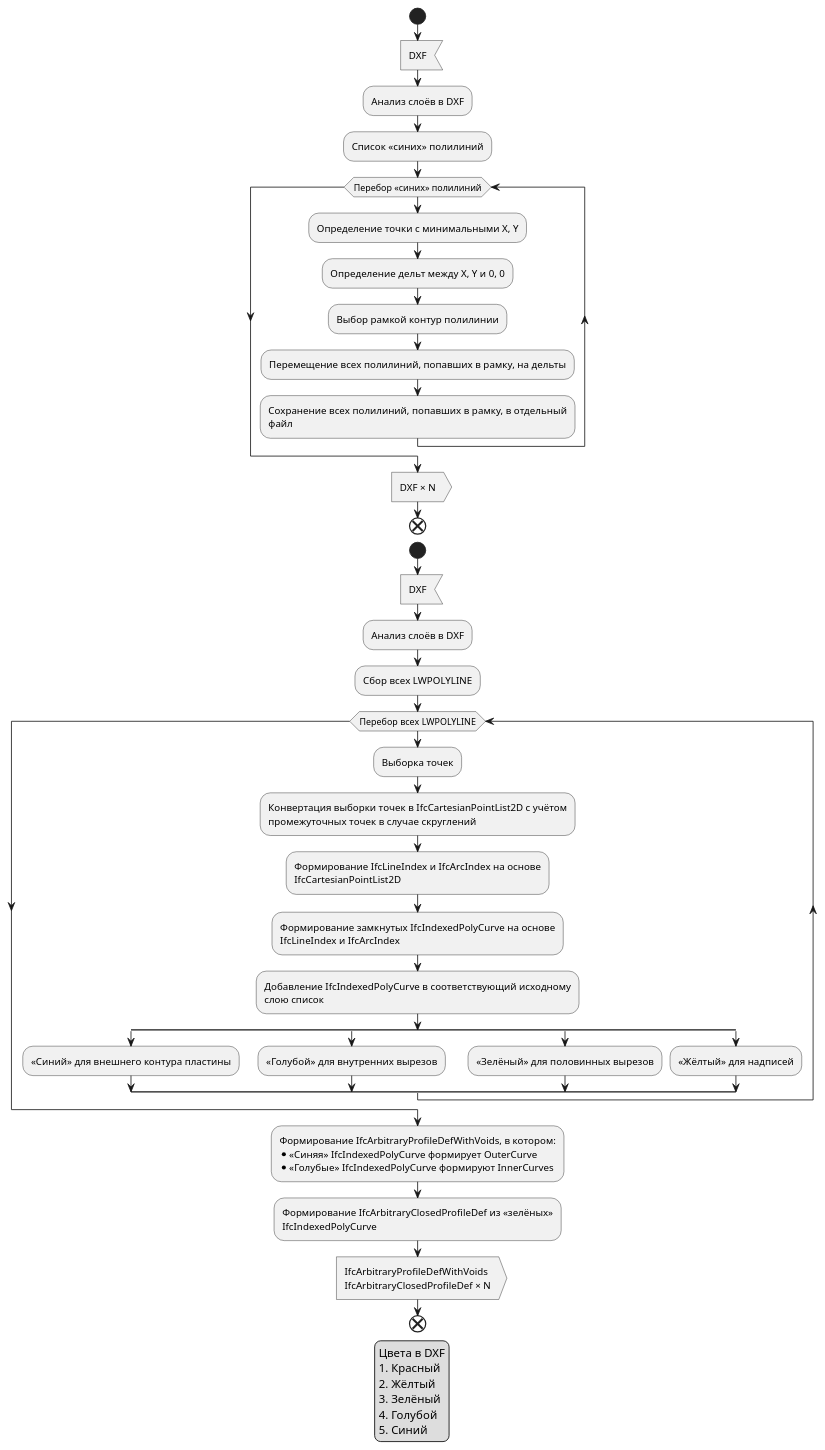
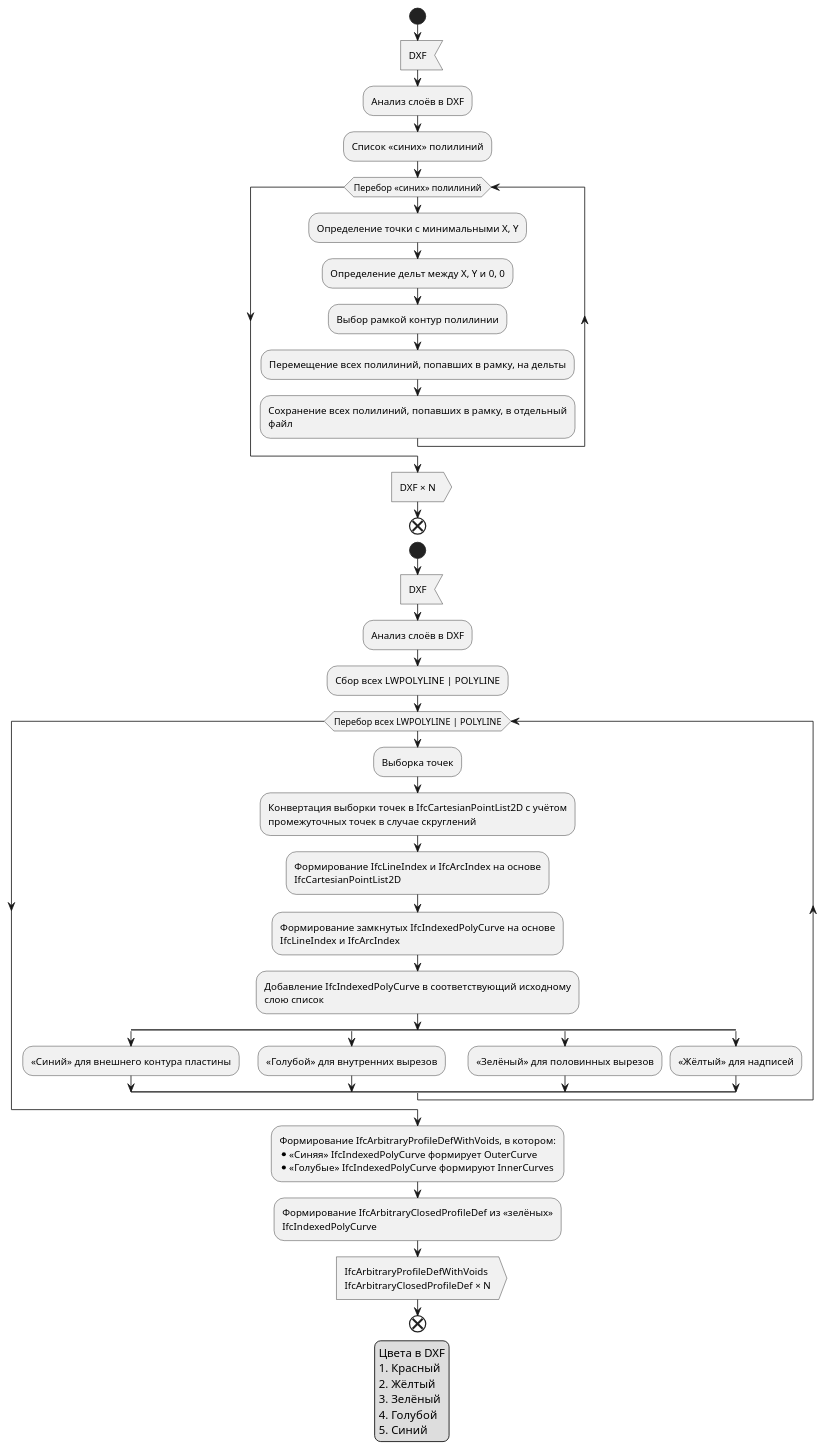
The diagram in schemes/General.wsd (VDobranov/DXF2IFC2D), drawn with PlantUML before and after one commit. The commit also changed 8 other files, not shown here.

```diff
--- a/schemes/General.wsd
+++ b/schemes/General.wsd
@@ -1,75 +1,75 @@
 @startuml General
 
 <style>
 activityDiagram {
   FontName Iosevka
   MaximumWidth 400
 }
 </style>
 
 start
 :DXF<
 :Анализ слоёв в DXF;
 :Список «синих» полилиний;
 ' if (округление?) then
 ' 	while (Перебор «синих» полилиний)
 ' 		:Определение точки с минимальными X, Y;
 ' 		:Округление X, Y;
 ' 		:Определение дельт между сырыми и округлёнными X, Y;
 ' 		:Выбор рамкой контур полилинии;
 ' 		:Перемещение всех полилиний, попавших в рамку, на дельты;
 ' 	endwhile
 ' endif
 ' if (нормализация?) then
 	while (Перебор «синих» полилиний)
 		:Определение точки с минимальными X, Y;
 		:Определение дельт между X, Y и 0, 0;
 		:Выбор рамкой контур полилинии;
 		:Перемещение всех полилиний, попавших в рамку, на дельты;
 		:Сохранение всех полилиний, попавших в рамку, в отдельный файл;
 	endwhile
 ' endif
 :DXF × N>
 end
 
 start
 :DXF<
 :Анализ слоёв в DXF;
-:Сбор всех LWPOLYLINE;
-' :LWPOLYLINE для формирования тела пластины;
-' :Список LWPOLYLINE для сквозного вырезания пластины;
-' :Список LWPOLYLINE для половинного вырезания пластины;
-while (Перебор всех LWPOLYLINE)
+:Сбор всех LWPOLYLINE | POLYLINE;
+' :LWPOLYLINE | POLYLINE для формирования тела пластины;
+' :Список LWPOLYLINE | POLYLINE для сквозного вырезания пластины;
+' :Список LWPOLYLINE | POLYLINE для половинного вырезания пластины;
+while (Перебор всех LWPOLYLINE | POLYLINE)
 	:Выборка точек;
 	:Конвертация выборки точек в IfcCartesianPointList2D с учётом промежуточных точек в случае скруглений;
 	:Формирование IfcLineIndex и IfcArcIndex на основе IfcCartesianPointList2D;
 	:Формирование замкнутых IfcIndexedPolyCurve на основе IfcLineIndex и IfcArcIndex;
 	:Добавление IfcIndexedPolyCurve в соответствующий исходному слою список;
 	split
 		:«Синий» для внешнего контура пластины;
 	split again
 		:«Голубой» для внутренних вырезов;
 	split again
 		:«Зелёный» для половинных вырезов;
 	split again
 		:«Жёлтый» для надписей;
 	end split
 endwhile
 :Формирование IfcArbitraryProfileDefWithVoids, в котором:
 * «Синяя» IfcIndexedPolyCurve формирует OuterCurve
 * «Голубые» IfcIndexedPolyCurve формируют InnerCurves;
 :Формирование IfcArbitraryClosedProfileDef из «зелёных» IfcIndexedPolyCurve;
 :IfcArbitraryProfileDefWithVoids
 IfcArbitraryClosedProfileDef × N>
 end
 
 legend
 Цвета в DXF
 1. Красный
 2. Жёлтый
 3. Зелёный
 4. Голубой
 5. Синий
 end legend
 
 @enduml
```
